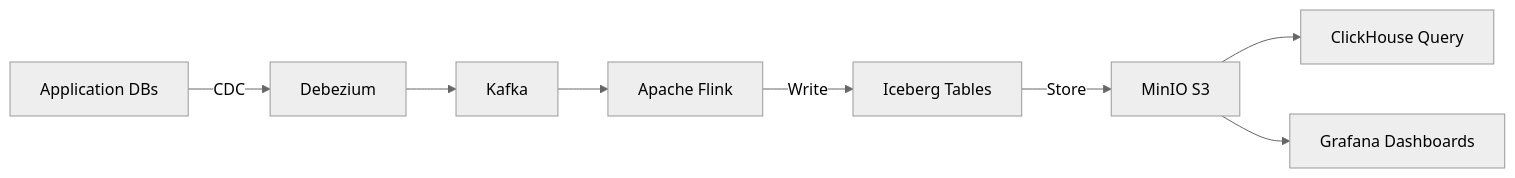
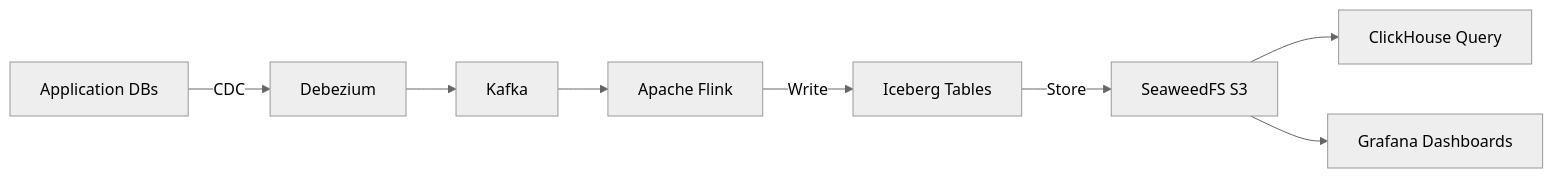
Before and after one commit to openova-io/openova: the second of 2 diagrams in platform/flink/README.md, drawn with Mermaid (neutral theme). The commit also changed other lines of this file and 31 other files, not shown here.

First line of the commit message:
docs(seaweedfs+guacamole): replace MinIO with SeaweedFS as unified S3 encapsulation; add Guacamole to bp-relay

````diff
--- a/platform/flink/README.md
+++ b/platform/flink/README.md
@@ -55,10 +55,10 @@
 ```mermaid
 flowchart LR
     App[Application DBs] -->|CDC| Debezium
     Debezium --> Kafka[Kafka]
     Kafka --> Flink[Apache Flink]
     Flink -->|Write| Iceberg[Iceberg Tables]
-    Iceberg -->|Store| MinIO[MinIO S3]
-    MinIO --> CH[ClickHouse Query]
-    MinIO --> Grafana[Grafana Dashboards]
+    Iceberg -->|Store| SeaweedFS[SeaweedFS S3]
+    SeaweedFS --> CH[ClickHouse Query]
+    SeaweedFS --> Grafana[Grafana Dashboards]
 ```
````
